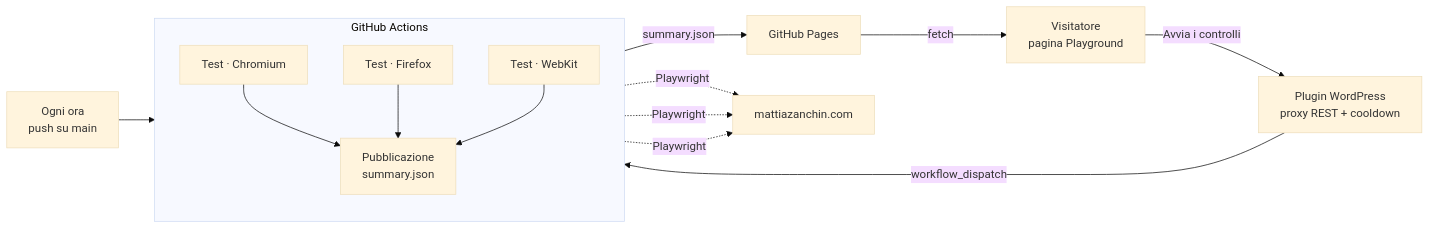
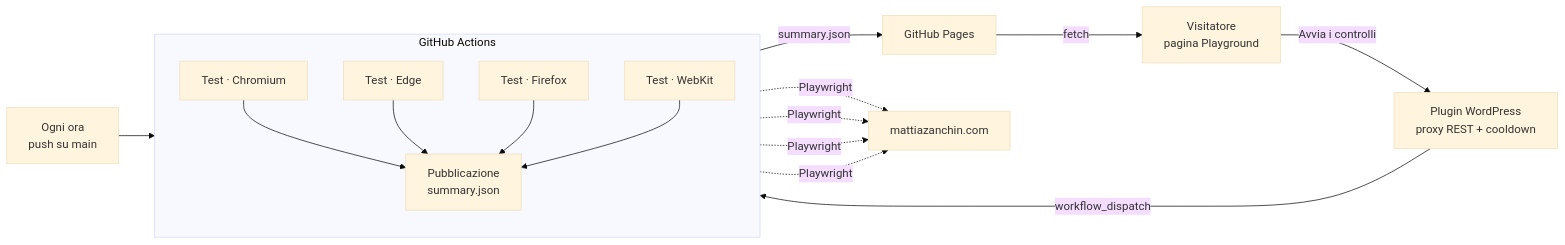
Before and after one commit to MattiaZanchin94/website-quality-lab: the diagram in README.it.md, drawn with Mermaid (base theme). The commit also changed other lines of this file and 11 other files, not shown here.

````diff
--- a/README.it.md
+++ b/README.it.md
@@ -16,13 +16,13 @@
 ```mermaid
 flowchart LR
     V["Visitatore<br/>pagina Playground"] -- "Avvia i controlli" --> WP["Plugin WordPress<br/>proxy REST + cooldown"]
     WP -- "workflow_dispatch" --> GA
     S["Ogni ora<br/>push su main"] --> GA
     subgraph GA["GitHub Actions"]
         direction TB
-        T1["Test · Chromium"] & T2["Test · Firefox"] & T3["Test · WebKit"] --> P["Pubblicazione<br/>summary.json"]
+        T1["Test · Chromium"] & T4["Test · Edge"] & T2["Test · Firefox"] & T3["Test · WebKit"] --> P["Pubblicazione<br/>summary.json"]
     end
     P -- "summary.json" --> GP["GitHub Pages"]
     GP -- "fetch" --> V
-    T1 & T2 & T3 -. "Playwright" .-> SITE["mattiazanchin.com"]
+    T1 & T4 & T2 & T3 -. "Playwright" .-> SITE["mattiazanchin.com"]
 ```
````
